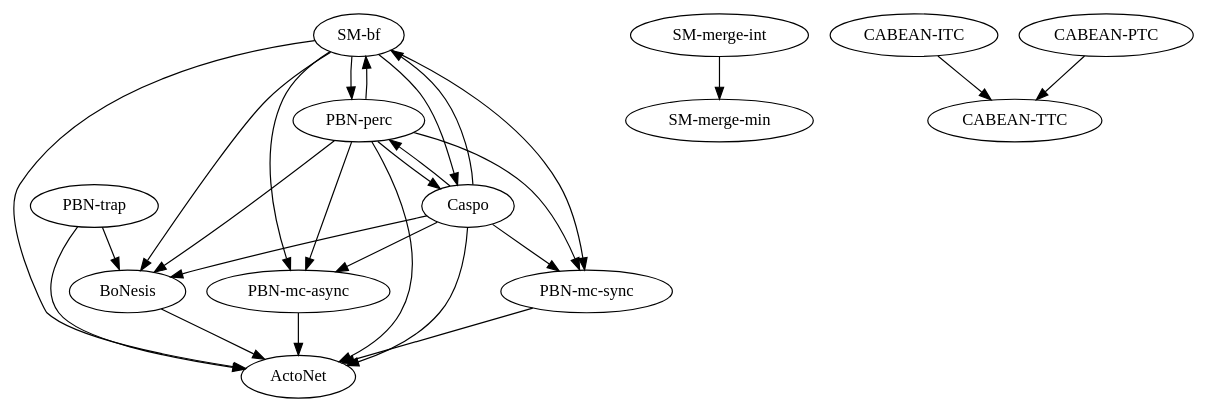
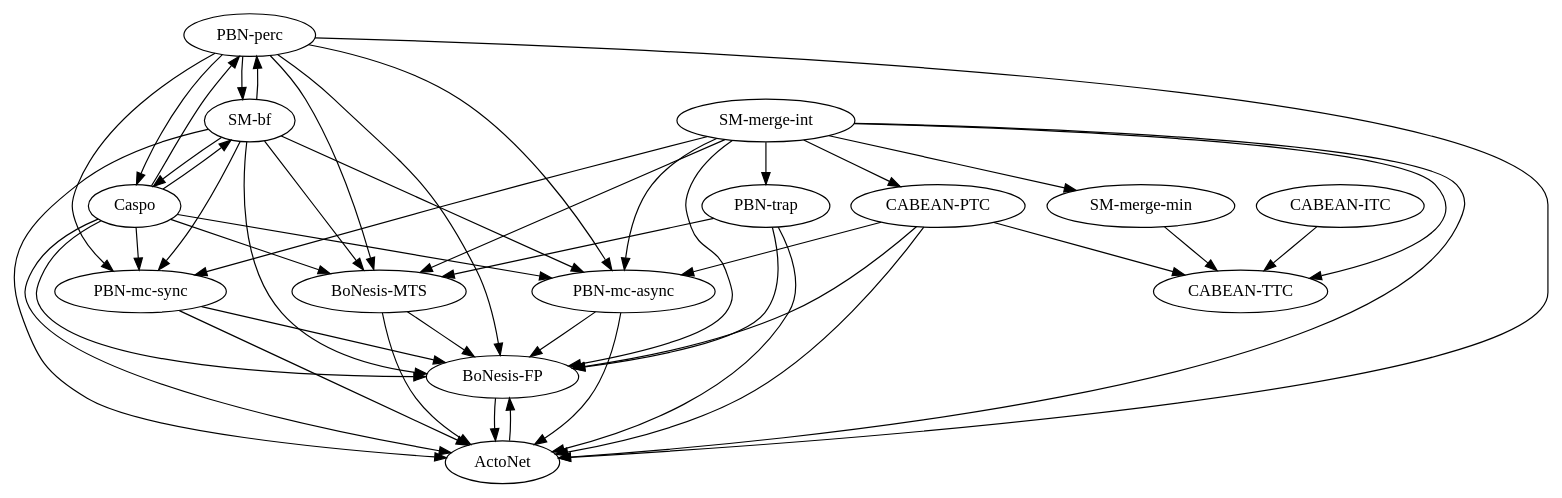
Before and after one commit to kalebmoon07/BN-control-taxonomy: the diagram in experiments/results/_summary.dot, drawn with Graphviz. The commit also changed 302 other files, not shown here.

```diff
--- a/experiments/results/_summary.dot
+++ b/experiments/results/_summary.dot
@@ -1,41 +1,63 @@
-strict digraph  {
+digraph G {
+"BoNesis-FP";
+"BoNesis-MTS";
+"CABEAN-ITC";
+"CABEAN-PTC";
+"CABEAN-TTC";
+"PBN-mc-async";
+"PBN-mc-sync";
+"PBN-perc";
+"PBN-trap";
+"SM-bf";
+"SM-merge-int";
+"SM-merge-min";
 ActoNet;
-"SM-bf";
-"PBN-trap";
-"SM-merge-min";
-"PBN-mc-async";
-BoNesis;
-"SM-merge-int";
-"CABEAN-ITC";
-"PBN-perc";
-"PBN-mc-sync";
 Caspo;
-"CABEAN-TTC";
-"CABEAN-PTC";
+"BoNesis-FP" -> ActoNet;
+"BoNesis-MTS" -> "BoNesis-FP";
+"BoNesis-MTS" -> ActoNet;
+"CABEAN-ITC" -> "CABEAN-TTC";
+"CABEAN-PTC" -> "BoNesis-FP";
+"CABEAN-PTC" -> "CABEAN-TTC";
+"CABEAN-PTC" -> "PBN-mc-async";
+"CABEAN-PTC" -> ActoNet;
+"PBN-mc-async" -> "BoNesis-FP";
+"PBN-mc-async" -> ActoNet;
+"PBN-mc-sync" -> "BoNesis-FP";
+"PBN-mc-sync" -> ActoNet;
+"PBN-perc" -> "BoNesis-FP";
+"PBN-perc" -> "BoNesis-MTS";
+"PBN-perc" -> "PBN-mc-async";
+"PBN-perc" -> "PBN-mc-sync";
+"PBN-perc" -> "SM-bf";
+"PBN-perc" -> ActoNet;
+"PBN-perc" -> Caspo;
+"PBN-trap" -> "BoNesis-FP";
+"PBN-trap" -> "BoNesis-MTS";
+"PBN-trap" -> ActoNet;
+"SM-bf" -> "BoNesis-FP";
+"SM-bf" -> "BoNesis-MTS";
+"SM-bf" -> "PBN-mc-async";
+"SM-bf" -> "PBN-mc-sync";
+"SM-bf" -> "PBN-perc";
 "SM-bf" -> ActoNet;
-"SM-bf" -> "PBN-mc-async";
-"SM-bf" -> BoNesis;
-"SM-bf" -> "PBN-perc";
-"SM-bf" -> "PBN-mc-sync";
 "SM-bf" -> Caspo;
-"PBN-trap" -> ActoNet;
-"PBN-trap" -> BoNesis;
-"PBN-mc-async" -> ActoNet;
-BoNesis -> ActoNet;
+"SM-merge-int" -> "BoNesis-FP";
+"SM-merge-int" -> "BoNesis-MTS";
+"SM-merge-int" -> "CABEAN-PTC";
+"SM-merge-int" -> "CABEAN-TTC";
+"SM-merge-int" -> "PBN-mc-async";
+"SM-merge-int" -> "PBN-mc-sync";
+"SM-merge-int" -> "PBN-trap";
 "SM-merge-int" -> "SM-merge-min";
-"CABEAN-ITC" -> "CABEAN-TTC";
-"PBN-perc" -> ActoNet;
-"PBN-perc" -> "SM-bf";
-"PBN-perc" -> "PBN-mc-async";
-"PBN-perc" -> BoNesis;
-"PBN-perc" -> "PBN-mc-sync";
-"PBN-perc" -> Caspo;
-"PBN-mc-sync" -> ActoNet;
+"SM-merge-int" -> ActoNet;
+"SM-merge-min" -> "CABEAN-TTC";
+ActoNet -> "BoNesis-FP";
+Caspo -> "BoNesis-FP";
+Caspo -> "BoNesis-MTS";
+Caspo -> "PBN-mc-async";
+Caspo -> "PBN-mc-sync";
+Caspo -> "PBN-perc";
+Caspo -> "SM-bf";
 Caspo -> ActoNet;
-Caspo -> "SM-bf";
-Caspo -> "PBN-mc-async";
-Caspo -> BoNesis;
-Caspo -> "PBN-perc";
-Caspo -> "PBN-mc-sync";
-"CABEAN-PTC" -> "CABEAN-TTC";
 }
```
